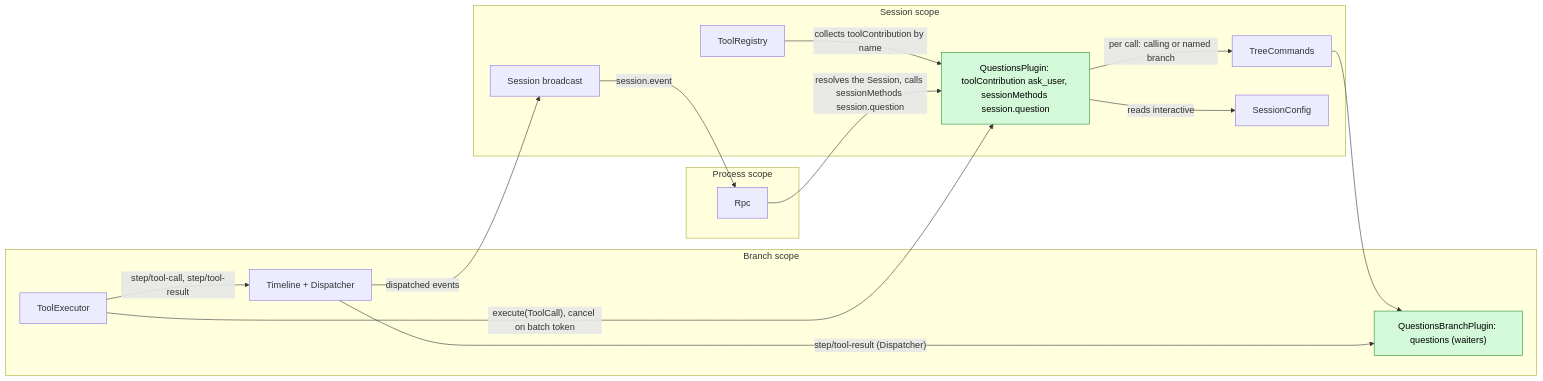
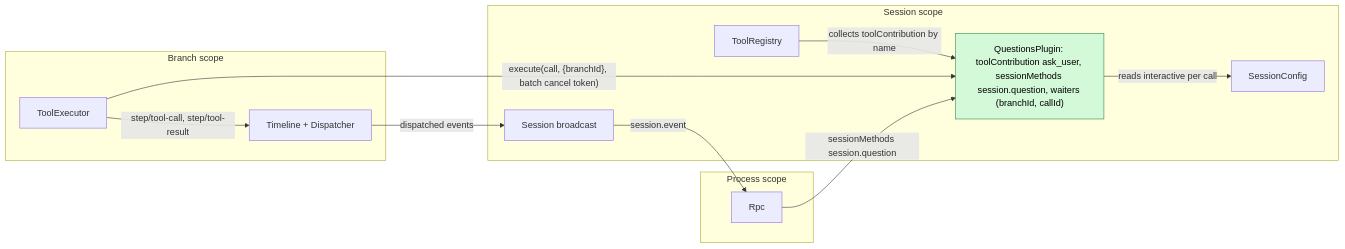
Before and after one commit to CoutinhoTTS/dim-agent: the first of 4 diagrams in docs/design/plugins/Questions.md, drawn with Mermaid. The commit also changed other lines of this file and 11 other files, not shown here.

````diff
--- a/docs/design/plugins/Questions.md
+++ b/docs/design/plugins/Questions.md
@@ -13,29 +20,24 @@
 ```mermaid
 flowchart LR
   subgraph P["Process scope"]
     RPC["Rpc"]
   end
   subgraph S["Session scope"]
-    QS["QuestionsPlugin: toolContribution ask_user, sessionMethods session.question"]:::new
+    QS["QuestionsPlugin: toolContribution ask_user, sessionMethods session.question, waiters (branchId, callId)"]:::new
     TR["ToolRegistry"]
-    TC["TreeCommands"]
     CFG["SessionConfig"]
     SB["Session broadcast"]
   end
   subgraph B["Branch scope"]
-    QB["QuestionsBranchPlugin: questions (waiters)"]:::new
     TE["ToolExecutor"]
     TL["Timeline + Dispatcher"]
   end
   TR -- "collects toolContribution by name" --> QS
-  TE -- "execute(ToolCall), cancel on batch token" --> QS
-  RPC -- "resolves the Session, calls sessionMethods session.question" --> QS
-  QS -- "reads interactive" --> CFG
-  QS -- "per call: calling or named branch" --> TC
-  TC --> QB
-  TL -- "step/tool-result (Dispatcher)" --> QB
+  TE -- "execute(call, {branchId}, batch cancel token)" --> QS
+  RPC -- "sessionMethods session.question" --> QS
+  QS -- "reads interactive per call" --> CFG
   TE -- "step/tool-call, step/tool-result" --> TL
   TL -- "dispatched events" --> SB
   SB -- "session.event" --> RPC
   classDef new fill:#d3f9d8,stroke:#2b8a3e,color:#000
 ```
````
